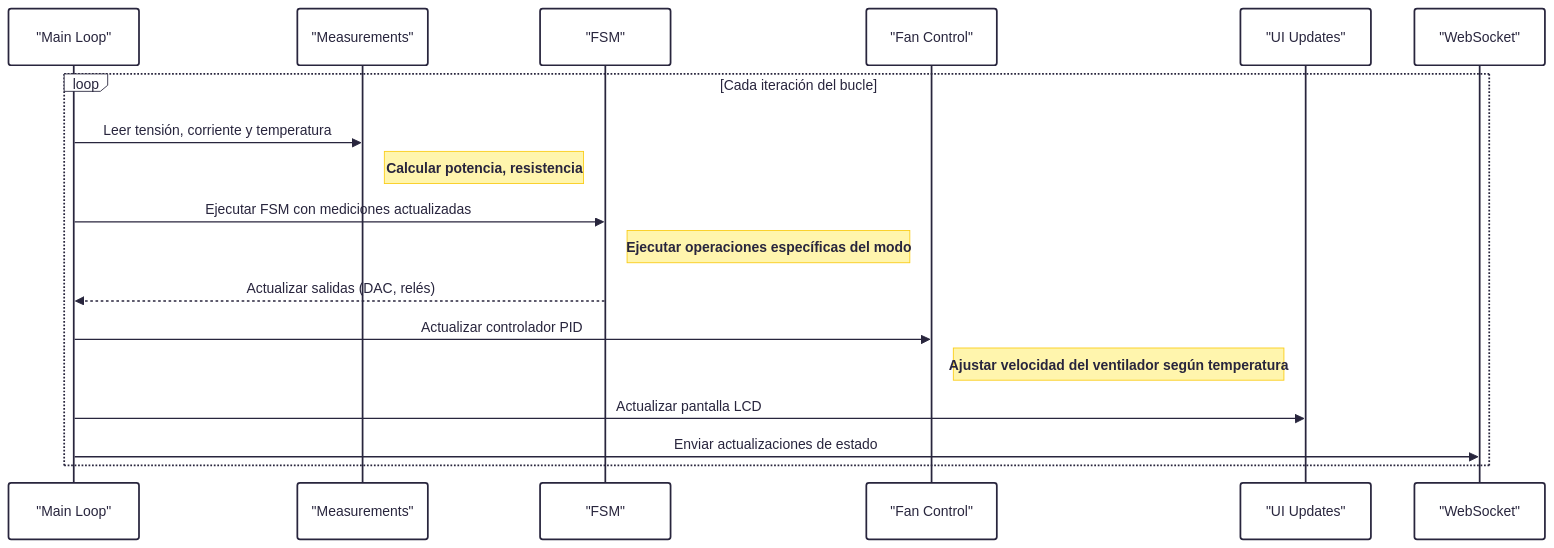
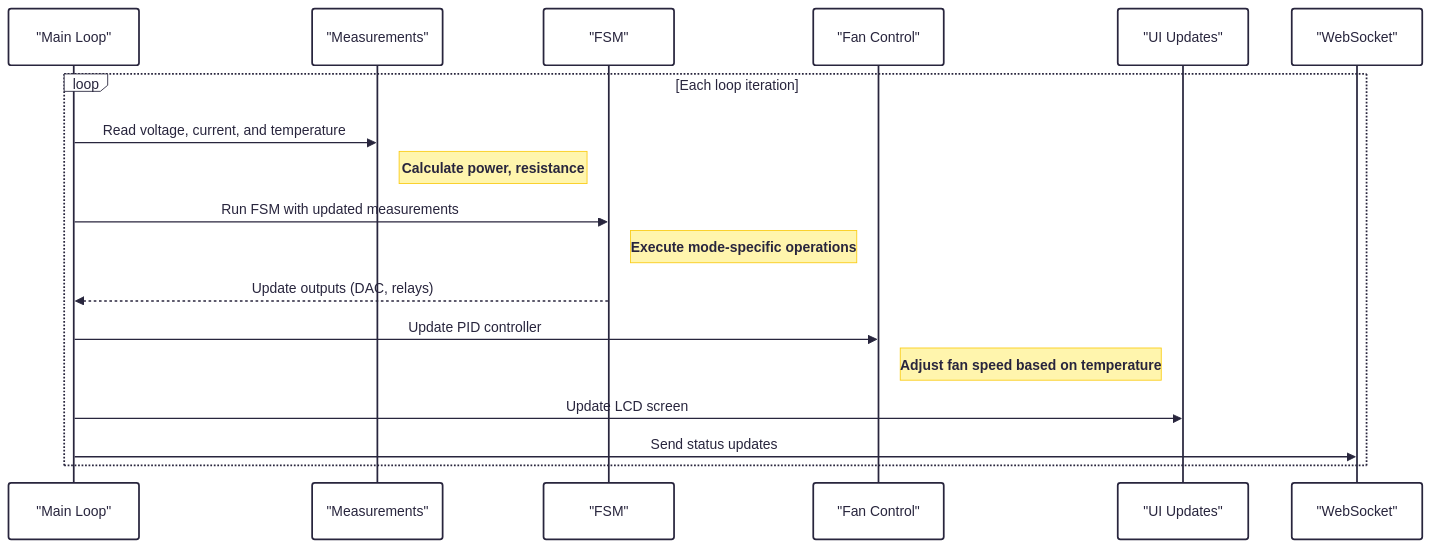
Before and after one commit to lucas-vidmar/electronic-load: the third of 3 diagrams in docs/index.md, drawn with Mermaid. The commit also changed other lines of this file and 1 other file, not shown here.

Commit message:
diagrams in english

```diff
--- a/docs/index.md
+++ b/docs/index.md
@@ -109,25 +109,25 @@
 <div class="mermaid">
 ---
 config:
   theme: redux
   layout: elk
 ---
 sequenceDiagram
     participant Main as "Main Loop"
     participant Meas as "Measurements"
     participant FSM as "FSM"
     participant Fan as "Fan Control"
     participant UI as "UI Updates"
     participant WS as "WebSocket"
-    loop Cada iteración del bucle
-        Main->>Meas: Leer tensión, corriente y temperatura
-        Note right of Meas: Calcular potencia, resistencia
-        Main->>FSM: Ejecutar FSM con mediciones actualizadas
-        Note right of FSM: Ejecutar operaciones específicas del modo
-        FSM-->>Main: Actualizar salidas (DAC, relés)
-        Main->>Fan: Actualizar controlador PID
-        Note right of Fan: Ajustar velocidad del ventilador según temperatura
-        Main->>UI: Actualizar pantalla LCD
-        Main->>WS: Enviar actualizaciones de estado
+    loop Each loop iteration
+        Main->>Meas: Read voltage, current, and temperature
+        Note right of Meas: Calculate power, resistance
+        Main->>FSM: Run FSM with updated measurements
+        Note right of FSM: Execute mode-specific operations
+        FSM-->>Main: Update outputs (DAC, relays)
+        Main->>Fan: Update PID controller
+        Note right of Fan: Adjust fan speed based on temperature
+        Main->>UI: Update LCD screen
+        Main->>WS: Send status updates
     end
 </div>
```
